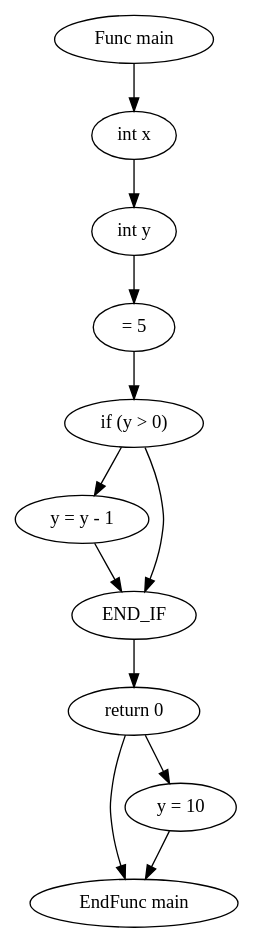
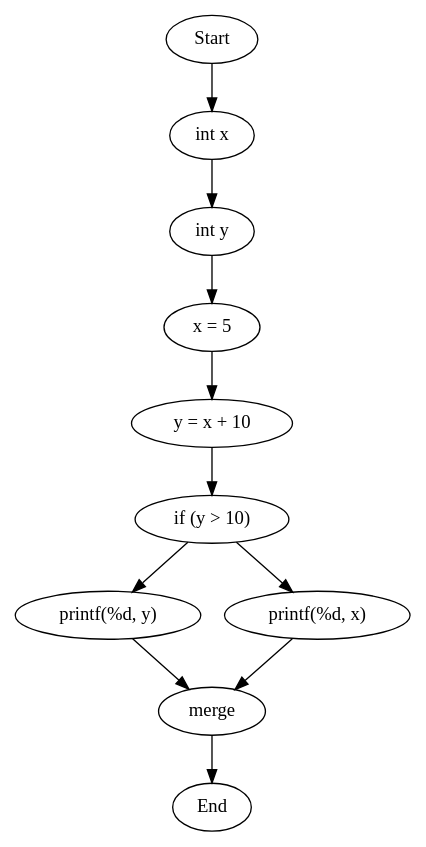
The diagram in cfg.dot (Akshay-X-Raj/Static-Code-Analyzer-for-a-C-like-Language-using-CFG-Based-Data-Flow-Analysis), drawn with Graphviz before and after one commit. The commit also changed 14 other files, not shown here.

```diff
--- a/cfg.dot
+++ b/cfg.dot
@@ -1,23 +1,23 @@
 digraph CFG {
-B1 [label="Func main"];
-B1 -> B3;
-B2 [label="EndFunc main"];
-B3 [label="int x"];
-B3 -> B4;
-B4 [label="int y"];
-B4 -> B5;
-B5 [label=" = 5"];
-B5 -> B6;
-B6 [label="if (y > 0)"];
-B6 -> B8;
-B6 -> B7;
-B7 [label="END_IF"];
-B7 -> B9;
-B8 [label="y = y - 1"];
-B8 -> B7;
-B9 [label="return 0"];
-B9 -> B2;
-B9 -> B10;
-B10 [label="y = 10"];
-B10 -> B2;
+node [shape=ellipse];
+0 [label="Start"];
+0 -> 1;
+1 [label="int x"];
+1 -> 2;
+2 [label="int y"];
+2 -> 3;
+3 [label="x = 5"];
+3 -> 4;
+4 [label="y = x + 10"];
+4 -> 5;
+5 [label="if (y > 10)"];
+5 -> 6;
+6 [label="printf(%d, y)"];
+6 -> 8;
+8 [label="merge"];
+8 -> 9;
+9 [label="End"];
+5 -> 7;
+7 [label="printf(%d, x)"];
+7 -> 8;
 }
```
